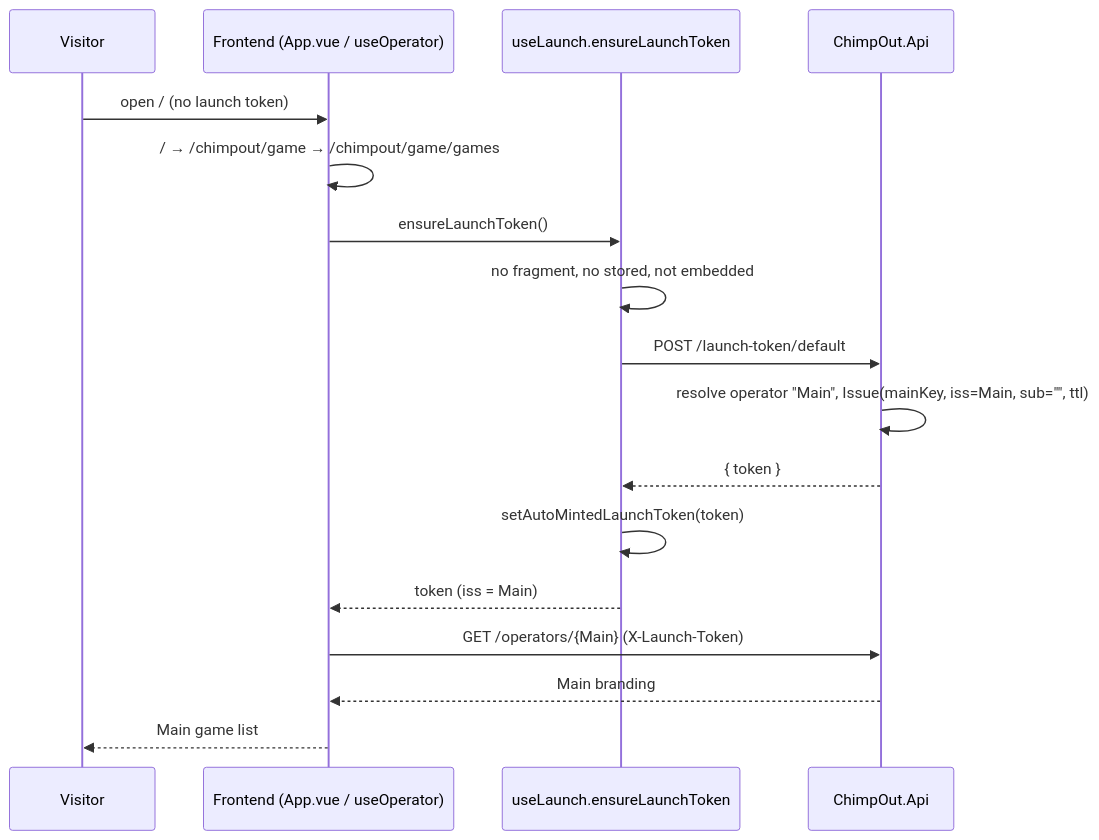
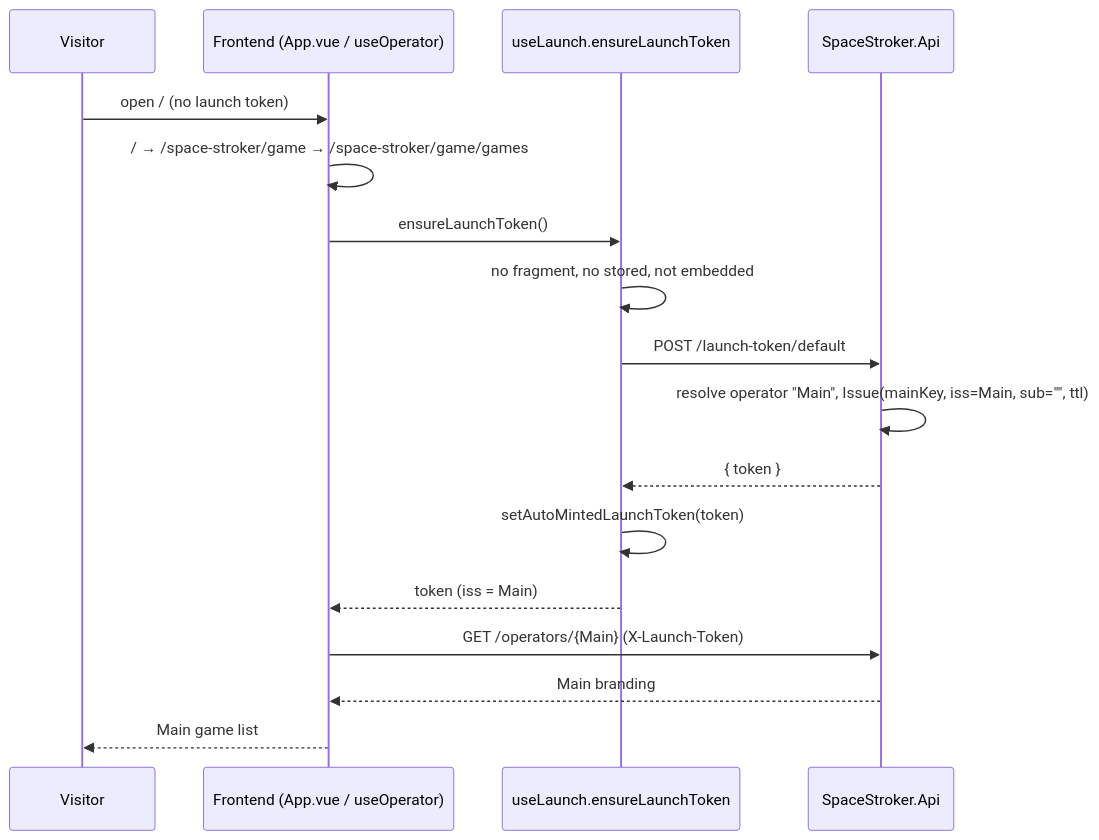
The first of 2 diagrams in specs/main-production-operator.md (marcusruas/monkify-meta), drawn with Mermaid before and after one commit. The commit also changed other lines of this file and 99 other files, not shown here.

First line of the commit message:
Rename ChimpOut -> SpaceStroker across deploy + KB (#75).

````diff
--- a/specs/main-production-operator.md
+++ b/specs/main-production-operator.md
@@ -481,20 +481,20 @@
 ```mermaid
 sequenceDiagram
   participant U as Visitor
   participant SPA as Frontend (App.vue / useOperator)
   participant L as useLaunch.ensureLaunchToken
-  participant API as ChimpOut.Api
+  participant API as SpaceStroker.Api
 
   U->>SPA: open / (no launch token)
-  SPA->>SPA: / → /chimpout/game → /chimpout/game/games
+  SPA->>SPA: / → /space-stroker/game → /space-stroker/game/games
   SPA->>L: ensureLaunchToken()
   L->>L: no fragment, no stored, not embedded
   L->>API: POST /launch-token/default
   API->>API: resolve operator "Main", Issue(mainKey, iss=Main, sub="", ttl)
   API-->>L: { token }
   L->>L: setAutoMintedLaunchToken(token)
   L-->>SPA: token (iss = Main)
   SPA->>API: GET /operators/{Main} (X-Launch-Token)
   API-->>SPA: Main branding
   SPA-->>U: Main game list
 ```
````
